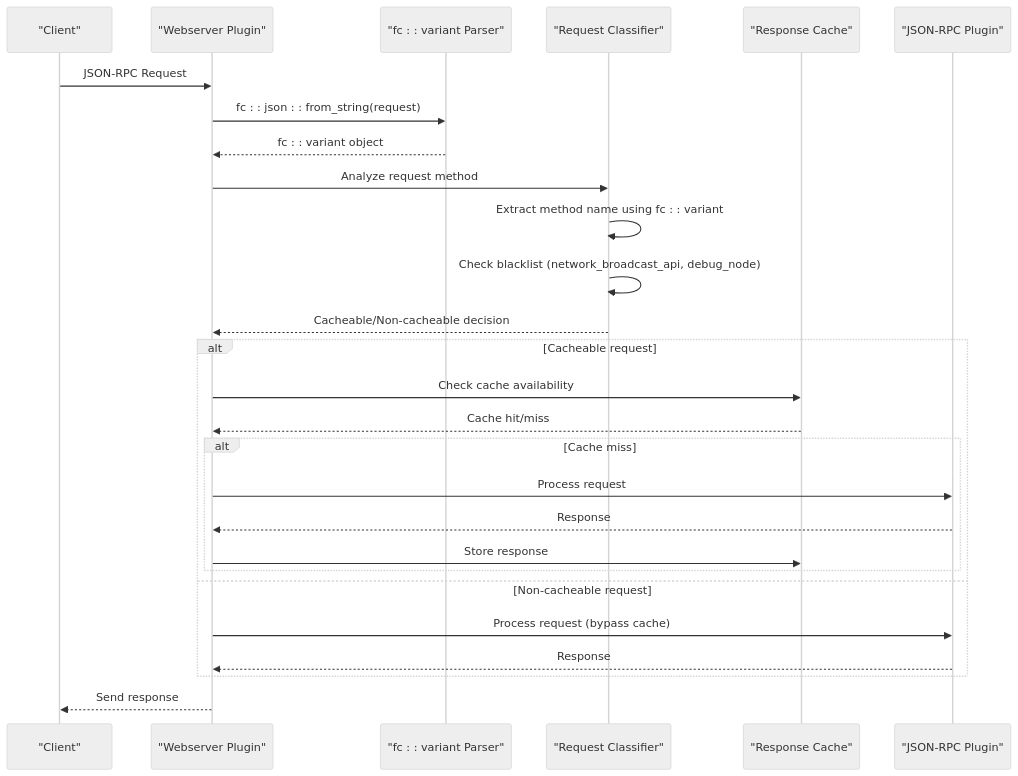
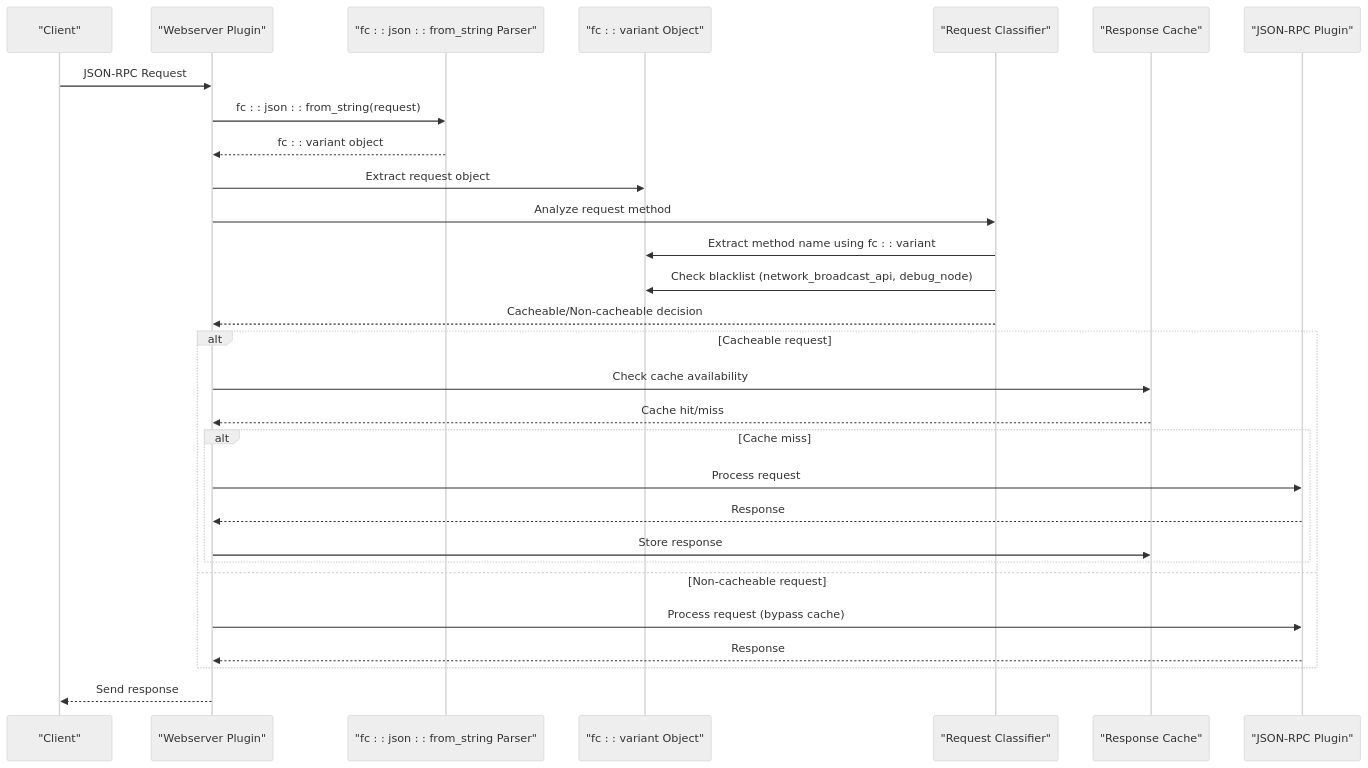
One commit to VIZ-Blockchain/viz-cpp-node changed the third of 12 diagrams in .qoder/repowiki/en/content/Webserver Plugin.md. Above: the diagram before and after it, drawn with Mermaid (neutral theme). The commit also changed other lines of this file and 3 other files, not shown here.

First line of the commit message:
feat(webserver): improve JSON-RPC caching with fc::variant-based parsing

````diff
--- a/.qoder/repowiki/en/content/Webserver Plugin.md
+++ b/.qoder/repowiki/en/content/Webserver Plugin.md
@@ -165,29 +179,31 @@
 ```mermaid
 sequenceDiagram
 participant Client as "Client"
 participant Server as "Webserver Plugin"
-participant Parser as "fc : : variant Parser"
+participant Parser as "fc : : json : : from_string Parser"
+participant Variant as "fc : : variant Object"
 participant Classifier as "Request Classifier"
 participant Cache as "Response Cache"
 participant JSONRPC as "JSON-RPC Plugin"
 Client->>Server : JSON-RPC Request
 Server->>Parser : fc : : json : : from_string(request)
 Parser-->>Server : fc : : variant object
+Server->>Variant : Extract request object
 Server->>Classifier : Analyze request method
-Classifier->>Classifier : Extract method name using fc : : variant
-Classifier->>Classifier : Check blacklist (network_broadcast_api, debug_node)
+Classifier->>Variant : Extract method name using fc : : variant
+Classifier->>Variant : Check blacklist (network_broadcast_api, debug_node)
 Classifier-->>Server : Cacheable/Non-cacheable decision
 alt Cacheable request
 Server->>Cache : Check cache availability
 Cache-->>Server : Cache hit/miss
 alt Cache miss
 Server->>JSONRPC : Process request
 JSONRPC-->>Server : Response
 Server->>Cache : Store response
 end
 else Non-cacheable request
 Server->>JSONRPC : Process request (bypass cache)
 JSONRPC-->>Server : Response
 end
 Server-->>Client : Send response
 ```
````
